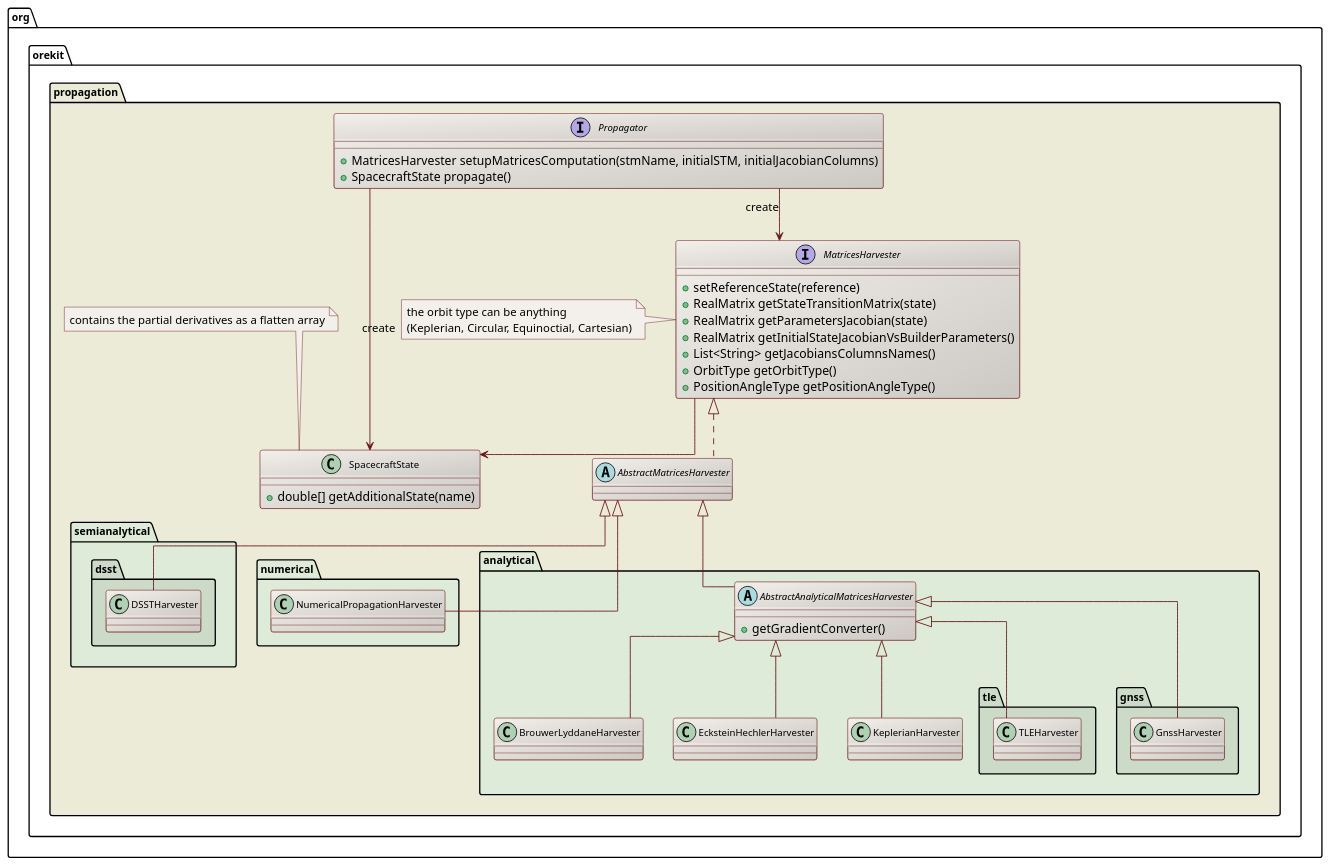
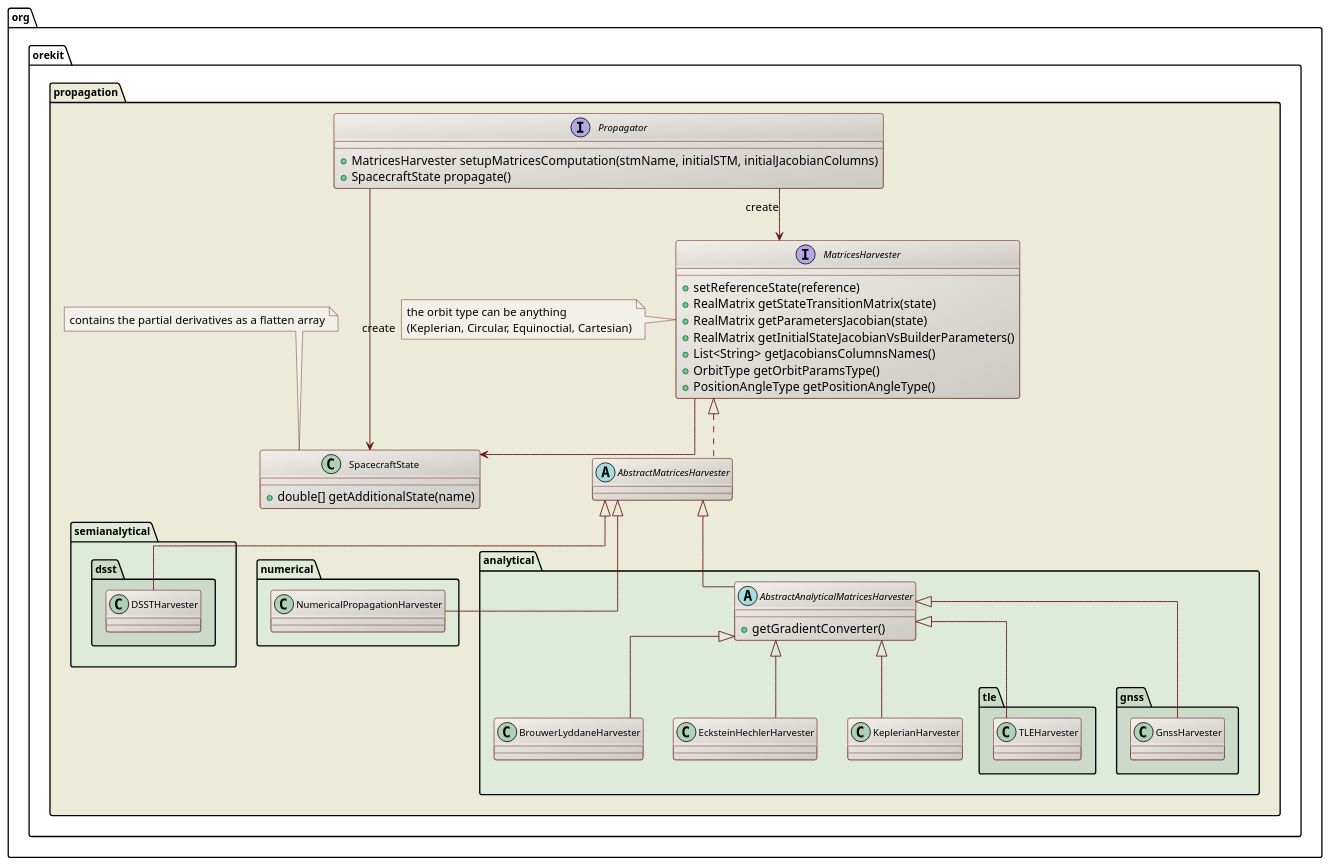
Before and after one commit to CS-SI/Orekit: the diagram in src/main/plantuml/org/orekit/propagation/doc-files/harvesters-class-diagram.puml, drawn with PlantUML. The commit also changed 380 other files, not shown here.

Commit message:
renamed OrbitType into OrbitParamsType

```diff
--- a/src/main/plantuml/org/orekit/propagation/doc-files/harvesters-class-diagram.puml
+++ b/src/main/plantuml/org/orekit/propagation/doc-files/harvesters-class-diagram.puml
@@ -17,88 +17,88 @@
 @startuml
 
   skinparam svek                  true
   skinparam ClassBackgroundColor  #F3EFEB/CCC9C5
   skinparam ClassArrowColor       #691616
   skinparam ClassBorderColor      #691616
   skinparam NoteBackgroundColor   #F3EFEB
   skinparam NoteBorderColor       #691616
     skinparam ClassFontSize         11
   skinparam PackageFontSize       12
   skinparam linetype              ortho
 
   package org.orekit.propagation #ECEBD8 {
 
     interface Propagator {
       +MatricesHarvester setupMatricesComputation(stmName, initialSTM, initialJacobianColumns)
       +SpacecraftState propagate()
     }
 
     interface MatricesHarvester {
       +setReferenceState(reference)
       +RealMatrix getStateTransitionMatrix(state)
       +RealMatrix getParametersJacobian(state)
       +RealMatrix getInitialStateJacobianVsBuilderParameters()
       +List<String> getJacobiansColumnsNames()
-      +OrbitType getOrbitType()
+      +OrbitType getOrbitParamsType()
       +PositionAngleType getPositionAngleType()
     }
     note left
     the orbit type can be anything
     (Keplerian, Circular, Equinoctial, Cartesian)
     end note
 
     class SpacecraftState {
       +double[] getAdditionalState(name)
     }
     note top
       contains the partial derivatives as a flatten array
     end note
 
     abstract AbstractMatricesHarvester
 
     package semianalytical #DDEBD8 {
       package dsst #CBDBC8 {
         class DSSTHarvester
       }
     }
 
     package numerical #DDEBD8 {
       class NumericalPropagationHarvester
     }
 
     package analytical #DDEBD8 {
 
       abstract AbstractAnalyticalMatricesHarvester {
         +getGradientConverter()
       }
 
       class BrouwerLyddaneHarvester
       class EcksteinHechlerHarvester
       class KeplerianHarvester
 
       package tle #CBDBC8 {
         class TLEHarvester
       }
 
       package gnss #CBDBC8 {
         class GnssHarvester
       }
 
     }
 
     Propagator                          --> MatricesHarvester: create
     Propagator                          --> SpacecraftState: create
     MatricesHarvester                   --> SpacecraftState
     MatricesHarvester                   <|.. AbstractMatricesHarvester
     AbstractMatricesHarvester           <|-- NumericalPropagationHarvester
     AbstractMatricesHarvester           <|-- DSSTHarvester
     AbstractMatricesHarvester           <|-- AbstractAnalyticalMatricesHarvester
     AbstractAnalyticalMatricesHarvester <|-- BrouwerLyddaneHarvester
     AbstractAnalyticalMatricesHarvester <|-- EcksteinHechlerHarvester
     AbstractAnalyticalMatricesHarvester <|-- KeplerianHarvester
     AbstractAnalyticalMatricesHarvester <|-- TLEHarvester
     AbstractAnalyticalMatricesHarvester <|-- GnssHarvester
 
   }
 
 @enduml
```
